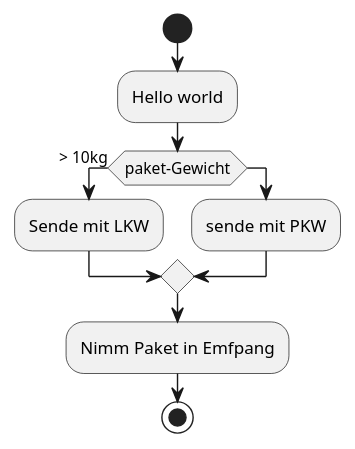
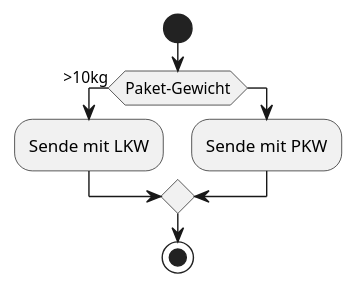
The third of 5 diagrams in asciidocs/index.adoc (2122-3bhitm-itp/04-lecture-notes-git-ThomasSpindlerHTL), drawn with PlantUML before and after one commit. The commit also changed other lines of this file and 5 other files, not shown here.

```diff
--- a/asciidocs/index.adoc
+++ b/asciidocs/index.adoc
@@ -345,14 +395,15 @@
-[plantuml,demo-cld]
+[plantuml,if-statement]
 ----
 @startuml
+skinparam backgroundColor transparent
+skinparam shadowing false
+
 start
-:Hello world;
-if (paket-Gewicht) is (> 10kg) then
+if(Paket-Gewicht) is (>10kg) then
 :Sende mit LKW;
 else
-:sende mit PKW;
+:Sende mit PKW;
 endif
-:Nimm Paket in Emfpang;
 stop
 @enduml
 ----
```
